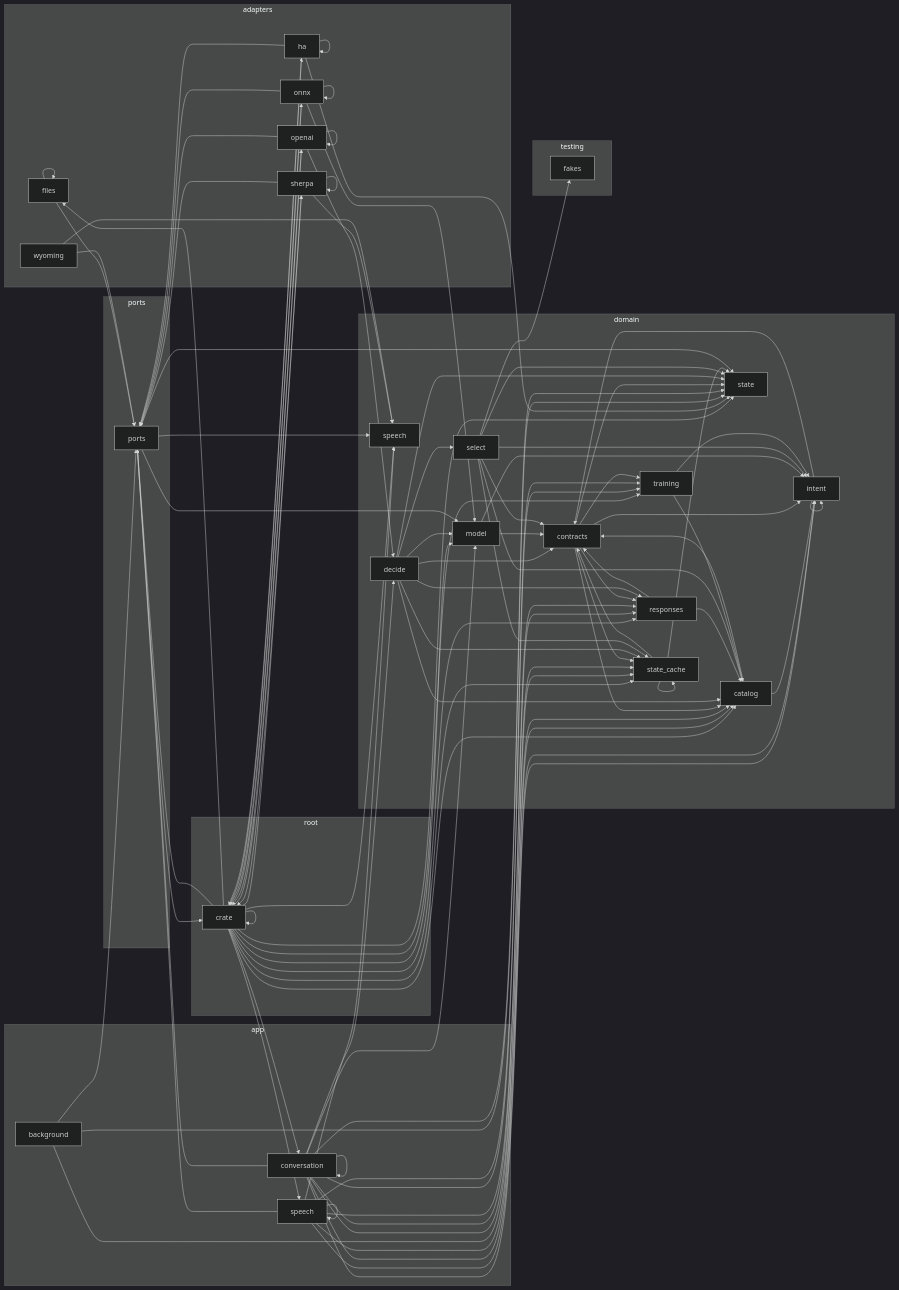
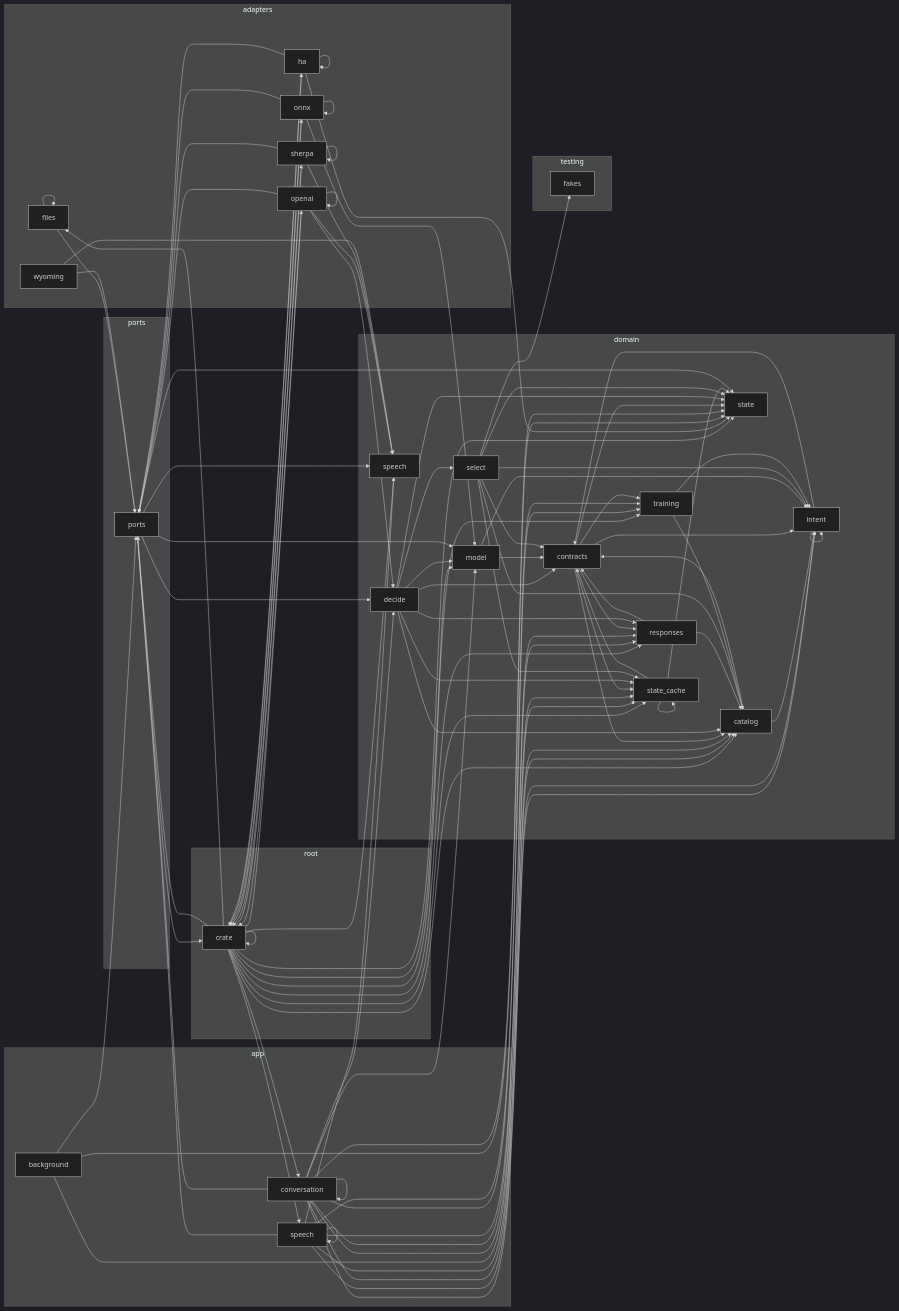
Before and after one commit to louislang/ha-jarvis: the diagram in docs/architecture.md, drawn with Mermaid (dark theme). The commit also changed 4 other files, not shown here.

```diff
--- a/docs/architecture.md
+++ b/docs/architecture.md
@@ -68,6 +68,7 @@
     crate_adapters_openai --> crate
     crate_adapters_openai --> crate_adapters_openai
     crate_adapters_openai --> crate_domain_decide
+    crate_adapters_openai --> crate_domain_speech
     crate_adapters_openai --> crate_ports
     crate_adapters_sherpa --> crate
     crate_adapters_sherpa --> crate_adapters_sherpa
@@ -128,6 +129,7 @@
     crate_domain_training --> crate_domain_catalog
     crate_domain_training --> crate_domain_intent
     crate_ports --> crate
+    crate_ports --> crate_domain_decide
     crate_ports --> crate_domain_model
     crate_ports --> crate_domain_speech
     crate_ports --> crate_domain_state
```
